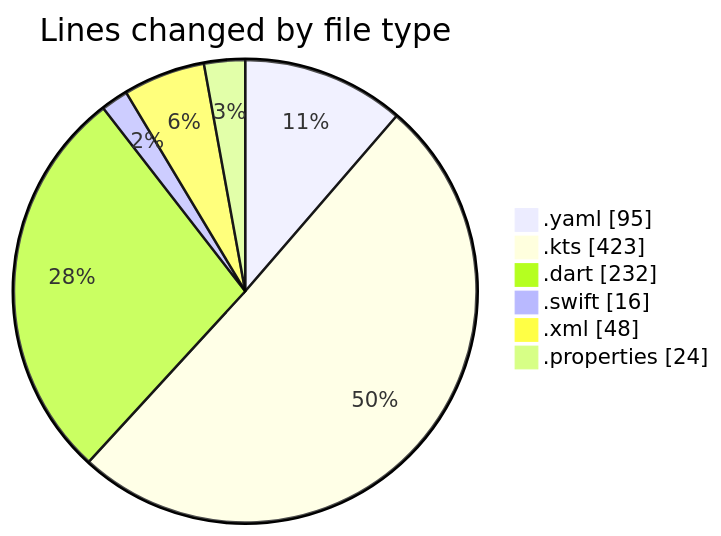
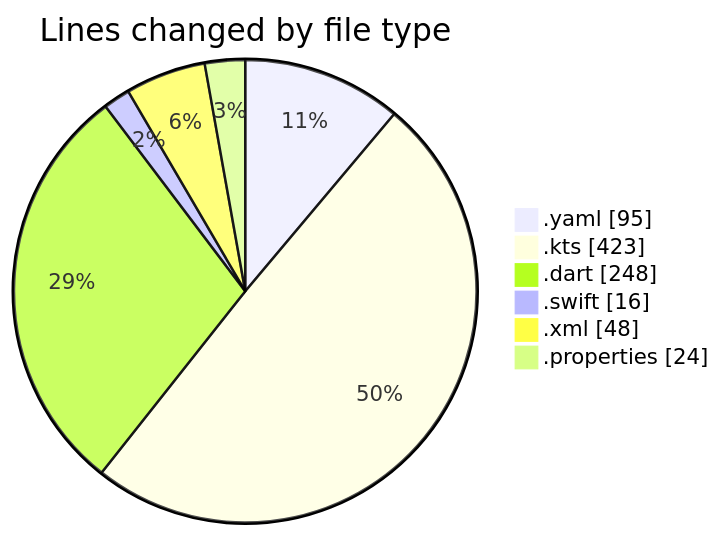
The first of 2 diagrams in 2025-02-16/uber_clone/README.md (donsfak/code-tracking), drawn with Mermaid before and after one commit. The commit also changed other lines of this file and 1 other file, not shown here.

````diff
--- a/2025-02-16/uber_clone/README.md
+++ b/2025-02-16/uber_clone/README.md
@@ -28,10 +29,10 @@
 ```mermaid
 pie showData
 title Lines changed by file type
 ".yaml" : 95
 ".kts" : 423
-".dart" : 232
+".dart" : 248
 ".swift" : 16
 ".xml" : 48
 ".properties" : 24
 ```
````
